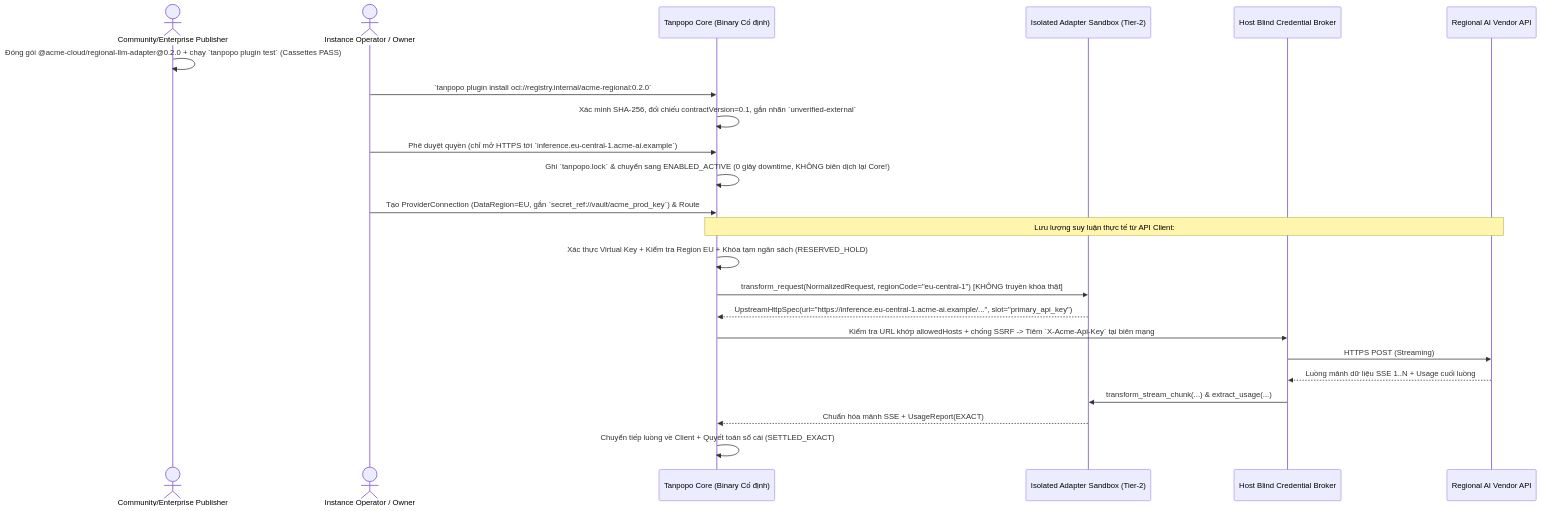
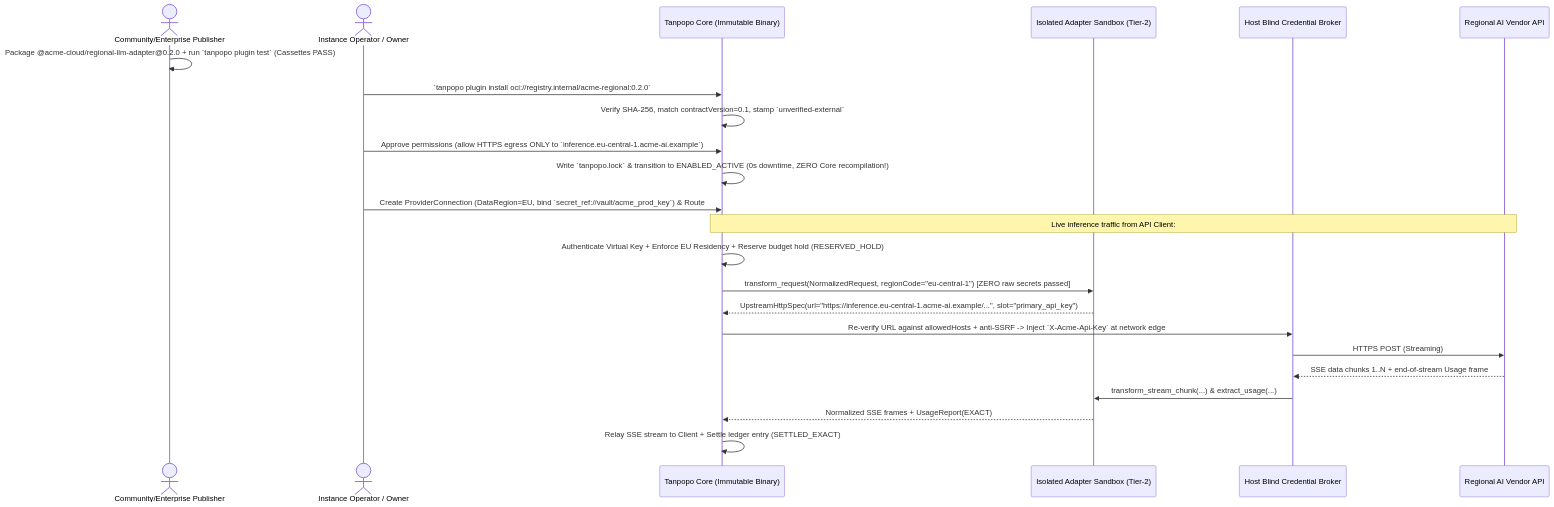
One commit to nguywnben/tanpopo changed the second of 2 diagrams in docs/specifications/provider-adapter.md. Above: the diagram before and after it, drawn with Mermaid. The commit also changed other lines of this file and 111 other files, not shown here.

````diff
--- a/docs/specifications/provider-adapter.md
+++ b/docs/specifications/provider-adapter.md
@@ -149,26 +149,26 @@
 ```mermaid
 sequenceDiagram
     actor Pub as Community/Enterprise Publisher
     actor Op as Instance Operator / Owner
-    participant Core as Tanpopo Core (Binary Cố định)
+    participant Core as Tanpopo Core (Immutable Binary)
     participant Sbx as Isolated Adapter Sandbox (Tier-2)
     participant Broker as Host Blind Credential Broker
     participant Up as Regional AI Vendor API
 
-    Pub->>Pub: Đóng gói @acme-cloud/regional-llm-adapter@0.2.0 + chạy `tanpopo plugin test` (Cassettes PASS)
+    Pub->>Pub: Package @acme-cloud/regional-llm-adapter@0.2.0 + run `tanpopo plugin test` (Cassettes PASS)
     Op->>Core: `tanpopo plugin install oci://registry.internal/acme-regional:0.2.0`
-    Core->>Core: Xác minh SHA-256, đối chiếu contractVersion=0.1, gắn nhãn `unverified-external`
-    Op->>Core: Phê duyệt quyền (chỉ mở HTTPS tới `inference.eu-central-1.acme-ai.example`)
-    Core->>Core: Ghi `tanpopo.lock` & chuyển sang ENABLED_ACTIVE (0 giây downtime, KHÔNG biên dịch lại Core!)
-    Op->>Core: Tạo ProviderConnection (DataRegion=EU, gắn `secret_ref://vault/acme_prod_key`) & Route
-    Note over Core,Up: Lưu lượng suy luận thực tế từ API Client:
-    Core->>Core: Xác thực Virtual Key + Kiểm tra Region EU + Khóa tạm ngân sách (RESERVED_HOLD)
-    Core->>Sbx: transform_request(NormalizedRequest, regionCode="eu-central-1") [KHÔNG truyền khóa thật]
+    Core->>Core: Verify SHA-256, match contractVersion=0.1, stamp `unverified-external`
+    Op->>Core: Approve permissions (allow HTTPS egress ONLY to `inference.eu-central-1.acme-ai.example`)
+    Core->>Core: Write `tanpopo.lock` & transition to ENABLED_ACTIVE (0s downtime, ZERO Core recompilation!)
+    Op->>Core: Create ProviderConnection (DataRegion=EU, bind `secret_ref://vault/acme_prod_key`) & Route
+    Note over Core,Up: Live inference traffic from API Client:
+    Core->>Core: Authenticate Virtual Key + Enforce EU Residency + Reserve budget hold (RESERVED_HOLD)
+    Core->>Sbx: transform_request(NormalizedRequest, regionCode="eu-central-1") [ZERO raw secrets passed]
     Sbx-->>Core: UpstreamHttpSpec(url="https://inference.eu-central-1.acme-ai.example/...", slot="primary_api_key")
-    Core->>Broker: Kiểm tra URL khớp allowedHosts + chống SSRF -> Tiêm `X-Acme-Api-Key` tại biên mạng
+    Core->>Broker: Re-verify URL against allowedHosts + anti-SSRF -> Inject `X-Acme-Api-Key` at network edge
     Broker->>Up: HTTPS POST (Streaming)
-    Up-->>Broker: Luồng mảnh dữ liệu SSE 1..N + Usage cuối luồng
+    Up-->>Broker: SSE data chunks 1..N + end-of-stream Usage frame
     Broker->>Sbx: transform_stream_chunk(...) & extract_usage(...)
-    Sbx-->>Core: Chuẩn hóa mảnh SSE + UsageReport(EXACT)
-    Core->>Core: Chuyển tiếp luồng về Client + Quyết toán sổ cái (SETTLED_EXACT)
+    Sbx-->>Core: Normalized SSE frames + UsageReport(EXACT)
+    Core->>Core: Relay SSE stream to Client + Settle ledger entry (SETTLED_EXACT)
 ```
````
